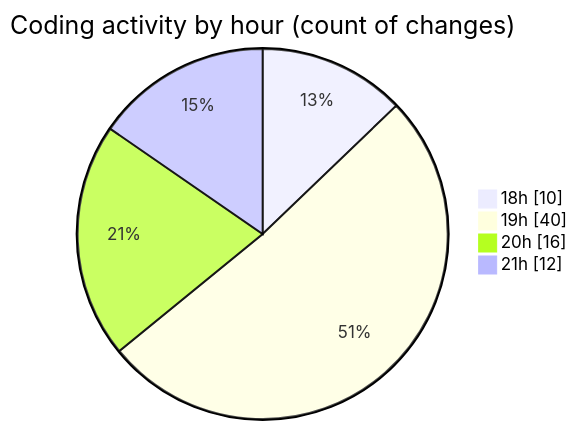
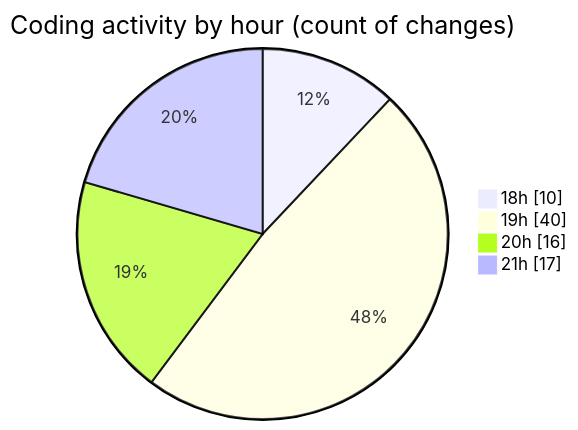
The second of 2 diagrams in 2025-03-29/back-end/README.md (Netris89/code-tracking), drawn with Mermaid before and after one commit. The commit also changed other lines of this file and 1 other file, not shown here.

````diff
--- a/2025-03-29/back-end/README.md
+++ b/2025-03-29/back-end/README.md
@@ -31,8 +31,8 @@
 ```mermaid
 pie showData
 title Coding activity by hour (count of changes)
 "18h" : 10
 "19h" : 40
 "20h" : 16
-"21h" : 12
+"21h" : 17
 ```
````
